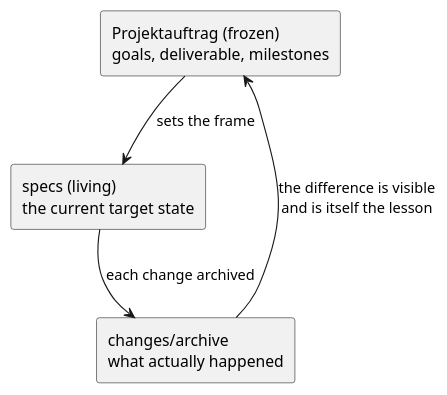
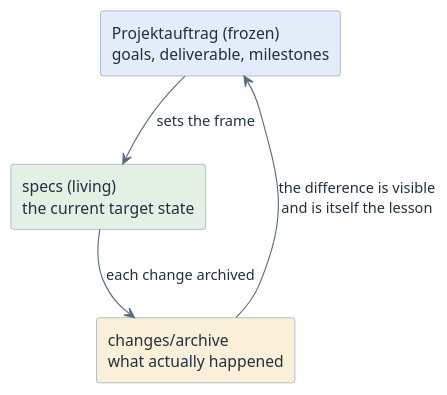
Before and after one commit to htl-leonding-college/curriculum-syp3: the diagram in modules/governance-project-charter/index.adoc, drawn with PlantUML. The commit also changed 65 other files, not shown here.

First line of the commit message:
feat(site): give the diagrams a semantic pastel palette

```diff
--- a/modules/governance-project-charter/index.adoc
+++ b/modules/governance-project-charter/index.adoc
@@ -94,13 +94,16 @@
 [plantuml,frozen-charter,svg]
 ----
 @startuml
-skinparam monochrome true
+<style>
+element { BackgroundColor #EDF3FA; LineColor #7C93AD; FontColor #21303F }
+arrow { LineColor #5A6B7D; FontColor #21303F }
+</style>
 skinparam shadowing false
-rectangle "Projektauftrag (frozen)\ngoals, deliverable, milestones" as C
-rectangle "specs (living)\nthe current target state" as S
-rectangle "changes/archive\nwhat actually happened" as A
+rectangle "Projektauftrag (frozen)\ngoals, deliverable, milestones" as C #E3ECF8
+rectangle "specs (living)\nthe current target state" as S #E4F0E4
+rectangle "changes/archive\nwhat actually happened" as A #FAF0D9
 C -down-> S : sets the frame
 S -down-> A : each change archived
 A -up-> C : the difference is visible\nand is itself the lesson
 @enduml
 ----
```
